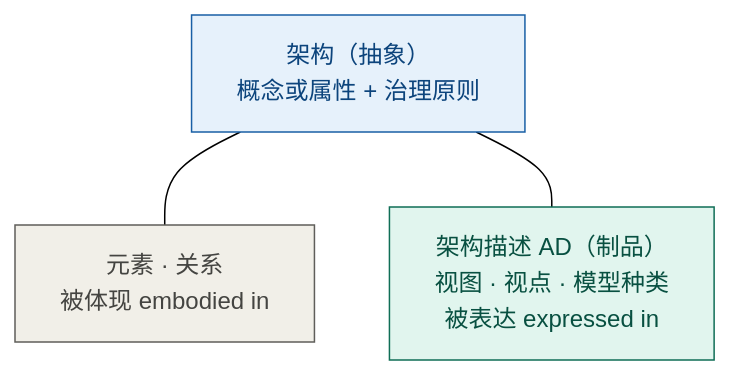
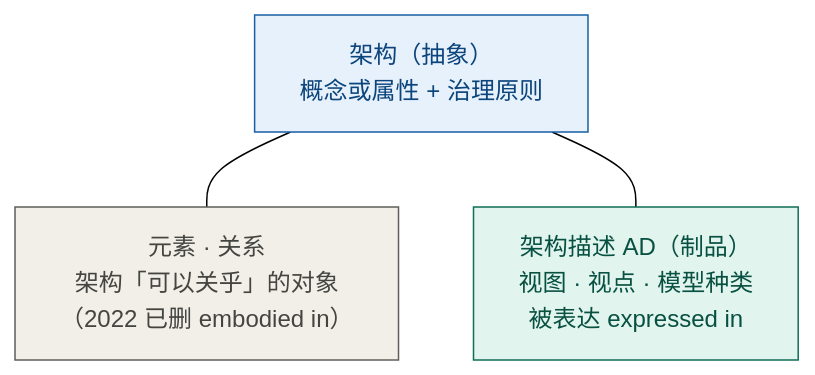
Before and after one commit to Yongjunzhou/AOS-system-design: the second of 17 diagrams in 100-subprojects/01-系统工程研究/00-系统工程相关研究报告/25-设计定义与实现边界对话记录-从方案归属到活动性质.md, drawn with Mermaid (forest theme). The commit also changed other lines of this file and 177 other files, not shown here.

````diff
--- a/100-subprojects/01-系统工程研究/00-系统工程相关研究报告/25-设计定义与实现边界对话记录-从方案归属到活动性质.md
+++ b/100-subprojects/01-系统工程研究/00-系统工程相关研究报告/25-设计定义与实现边界对话记录-从方案归属到活动性质.md
@@ -104,12 +104,12 @@
 ```mermaid
 flowchart TB
     AB["架构（抽象）<br/>概念或属性 + 治理原则"]:::a
-    EL["元素 · 关系<br/>被体现 embodied in"]:::b
+    EL["元素 · 关系<br/>架构「可以关乎」的对象<br/>（2022 已删 embodied in）"]:::b
     AD["架构描述 AD（制品）<br/>视图 · 视点 · 模型种类<br/>被表达 expressed in"]:::c
     AB --- EL
     AB --- AD
 
     classDef a fill:#E6F1FB,stroke:#185FA5,color:#0C447C
     classDef b fill:#F1EFE8,stroke:#5F5E5A,color:#444441
     classDef c fill:#E1F5EE,stroke:#0F6E56,color:#085041
 ```
````
